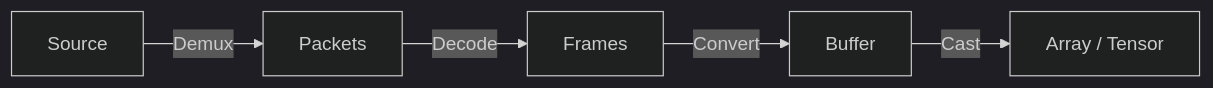
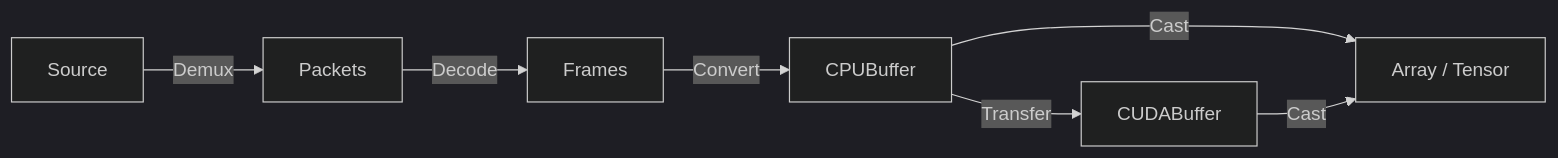
Before and after one commit to facebookresearch/spdl: the diagram in docs/spdl/io/overview.md, drawn with Mermaid (dark theme). The commit also changed other lines of this file and 14 other files, not shown here.

````diff
--- a/docs/spdl/io/overview.md
+++ b/docs/spdl/io/overview.md
@@ -9,7 +15,9 @@
 ``` mermaid
 graph LR
   Source -->|Demux| Packets;
   Packets -->|Decode| Frames;
-  Frames -->|Convert| Buffer;
-  Buffer -->|Cast| Array[Array / Tensor];
+  Frames -->|Convert| CPUBuffer;
+  CPUBuffer -->|Transfer| CUDABuffer;
+  CPUBuffer -->|Cast| Array[Array / Tensor];
+  CUDABuffer -->|Cast| Array[Array / Tensor];
 ```
````
